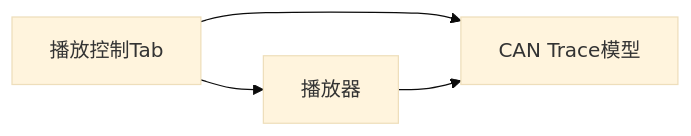
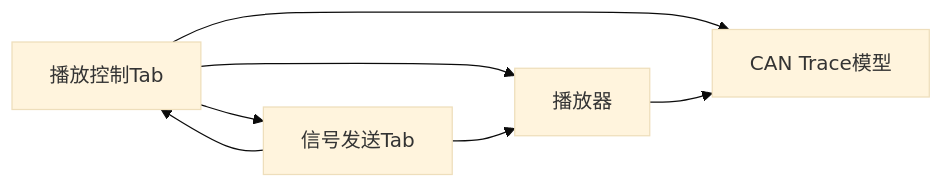
One commit to jakecai1225-design/OpenBus changed the sixth of 6 diagrams in .qoder/repowiki/zh/content/架构设计/UI系统设计/播放控制Tab组件.md. Above: the diagram before and after it, drawn with Mermaid (base theme). The commit also changed other lines of this file and 59 other files, not shown here.

````diff
--- a/.qoder/repowiki/zh/content/架构设计/UI系统设计/播放控制Tab组件.md
+++ b/.qoder/repowiki/zh/content/架构设计/UI系统设计/播放控制Tab组件.md
@@ -280,6 +370,9 @@
 ```mermaid
 graph LR
 PlaybackTab["播放控制Tab"] --> Player["播放器"]
 PlaybackTab --> TraceModel["CAN Trace模型"]
+PlaybackTab --> SignalSendTab["信号发送Tab"]
+SignalSendTab --> PlaybackTab
 Player --> TraceModel
+SignalSendTab --> Player
 ```
````
